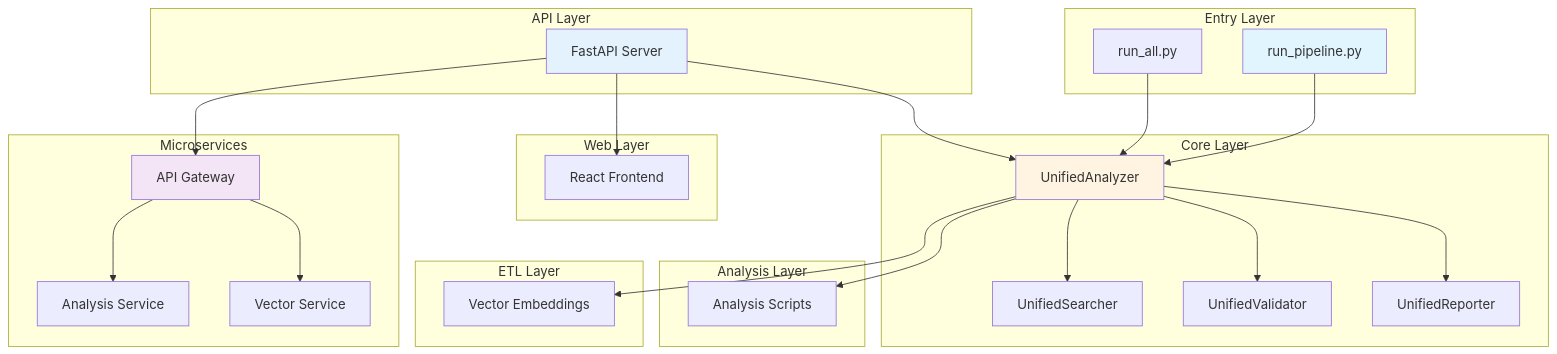
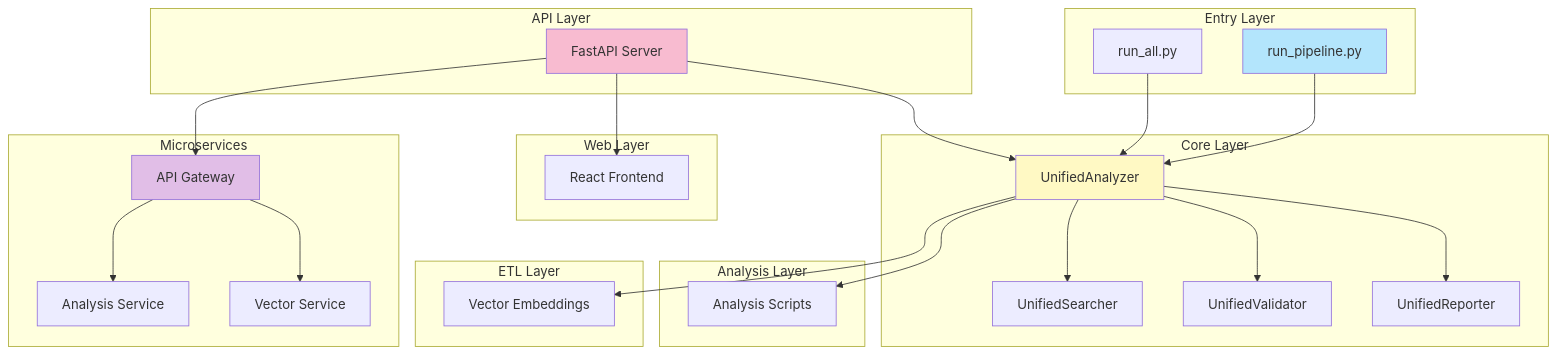
The first of 3 diagrams in docs/SYSTEM_ANALYST_GUIDE.md (1digitaldesign/kettler-data-analysis), drawn with Mermaid before and after one commit. The commit also changed other lines of this file and 16 other files, not shown here.

First line of the commit message:
Refactor all diagrams with pastel color scheme and add new diagrams

````diff
--- a/docs/SYSTEM_ANALYST_GUIDE.md
+++ b/docs/SYSTEM_ANALYST_GUIDE.md
@@ -14,54 +14,54 @@
 ```mermaid
 graph TD
     subgraph "Entry Layer"
         E1[run_pipeline.py]
         E2[run_all.py]
     end
 
     subgraph "Core Layer"
         C1[UnifiedAnalyzer]
         C2[UnifiedSearcher]
         C3[UnifiedValidator]
         C4[UnifiedReporter]
     end
 
     subgraph "Analysis Layer"
         A1[Analysis Scripts]
     end
 
     subgraph "ETL Layer"
         ETL1[Vector Embeddings]
     end
 
     subgraph "API Layer"
         API1[FastAPI Server]
     end
 
     subgraph "Web Layer"
         WEB1[React Frontend]
     end
 
     subgraph "Microservices"
         MS1[API Gateway]
         MS2[Analysis Service]
         MS3[Vector Service]
     end
 
     E1 --> C1
     E2 --> C1
     C1 --> C2
     C1 --> C3
     C1 --> C4
     C1 --> A1
     C1 --> ETL1
     API1 --> C1
     API1 --> WEB1
     API1 --> MS1
     MS1 --> MS2
     MS1 --> MS3
 
-    style E1 fill:#e1f5ff
-    style C1 fill:#fff4e1
-    style API1 fill:#e3f2fd
-    style MS1 fill:#f3e5f5
+    style E1 fill:#B3E5FC
+    style C1 fill:#FFF9C4
+    style API1 fill:#F8BBD0
+    style MS1 fill:#E1BEE7
 ```
````
